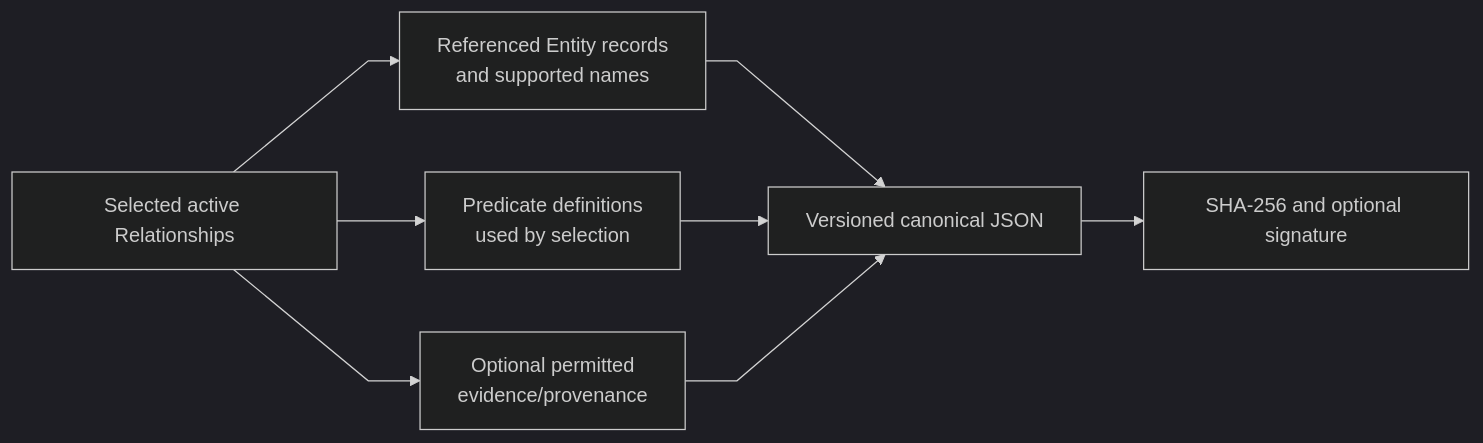
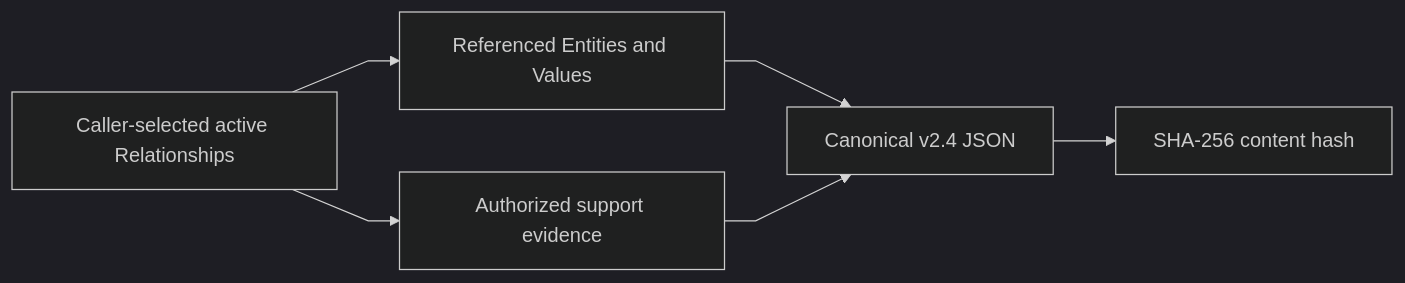
The diagram in Memory-Packs.md (markhuangai/dense-mem), drawn with Mermaid (dark theme) before and after one commit. The commit also changed other lines of this file and 19 other files, not shown here.

````diff
--- a/Memory-Packs.md
+++ b/Memory-Packs.md
@@ -21,11 +15,9 @@
 ```mermaid
 %%{init: {"flowchart": {"curve": "linear"}}}%%
 flowchart LR
-  Selection["Selected active Relationships"] --> Entities["Referenced Entity records<br/>and supported names"]
-  Selection --> Predicates["Predicate definitions<br/>used by selection"]
-  Selection --> Evidence["Optional permitted<br/>evidence/provenance"]
-  Entities --> Pack["Versioned canonical JSON"]
-  Predicates --> Pack
+  Selection["Caller-selected active Relationships"] --> Entities["Referenced Entities and Values"]
+  Selection --> Evidence["Authorized support evidence"]
+  Entities --> Pack["Canonical v2.4 JSON"]
   Evidence --> Pack
-  Pack --> Hash["SHA-256 and optional signature"]
+  Pack --> Hash["SHA-256 content hash"]
 ```
````
